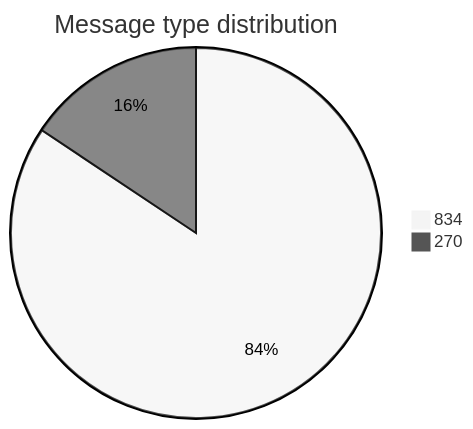
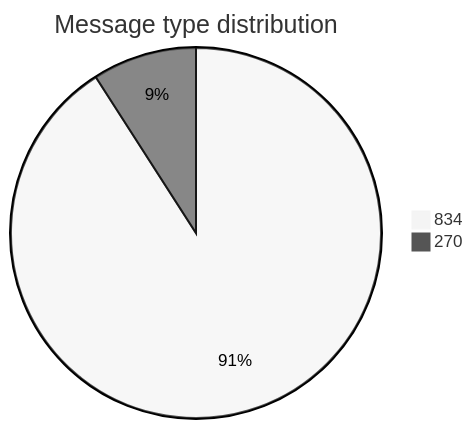
One commit to dhagan-va/intern-2025 changed the first of 10 diagrams in test-tools/DataGen/src/Statistics_Visualizer.md. Above: the diagram before and after it, drawn with Mermaid (neutral theme). The commit also changed other lines of this file and 5 other files, not shown here.

````diff
--- a/test-tools/DataGen/src/Statistics_Visualizer.md
+++ b/test-tools/DataGen/src/Statistics_Visualizer.md
@@ -18,5 +18,5 @@
 ```mermaid
 pie title Message type distribution
-    "834" : 45428
-    "270" : 8420
+    "834" : 5000
+    "270" : 500
 ```
````
